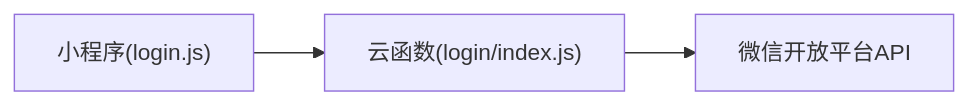
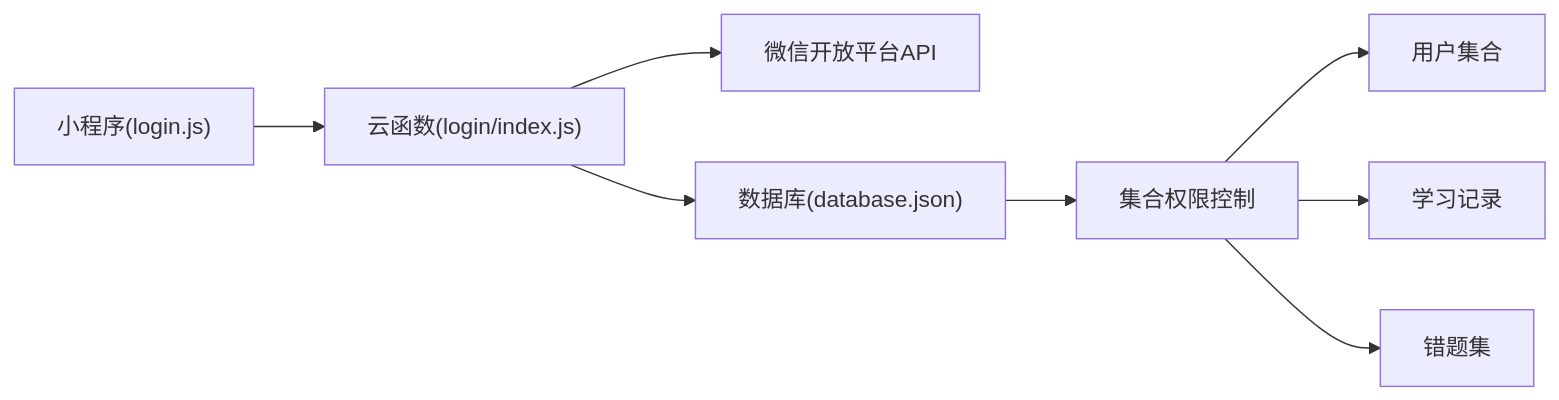
The fifth of 5 diagrams in .qoder/repowiki/zh/content/架构设计/后端架构设计/安全认证机制.md (cwb7756/bio), drawn with Mermaid before and after one commit. The commit also changed other lines of this file and 45 other files, not shown here.

````diff
--- a/.qoder/repowiki/zh/content/架构设计/后端架构设计/安全认证机制.md
+++ b/.qoder/repowiki/zh/content/架构设计/后端架构设计/安全认证机制.md
@@ -170,5 +271,10 @@
 ```mermaid
 graph LR
 MP["小程序(login.js)"] --> CF["云函数(login/index.js)"]
 CF --> WXAPI["微信开放平台API"]
+CF --> DB["数据库(database.json)"]
+DB --> COLS["集合权限控制"]
+COLS --> USERS["用户集合"]
+COLS --> RECORDS["学习记录"]
+COLS --> MISTAKES["错题集"]
 ```
````
